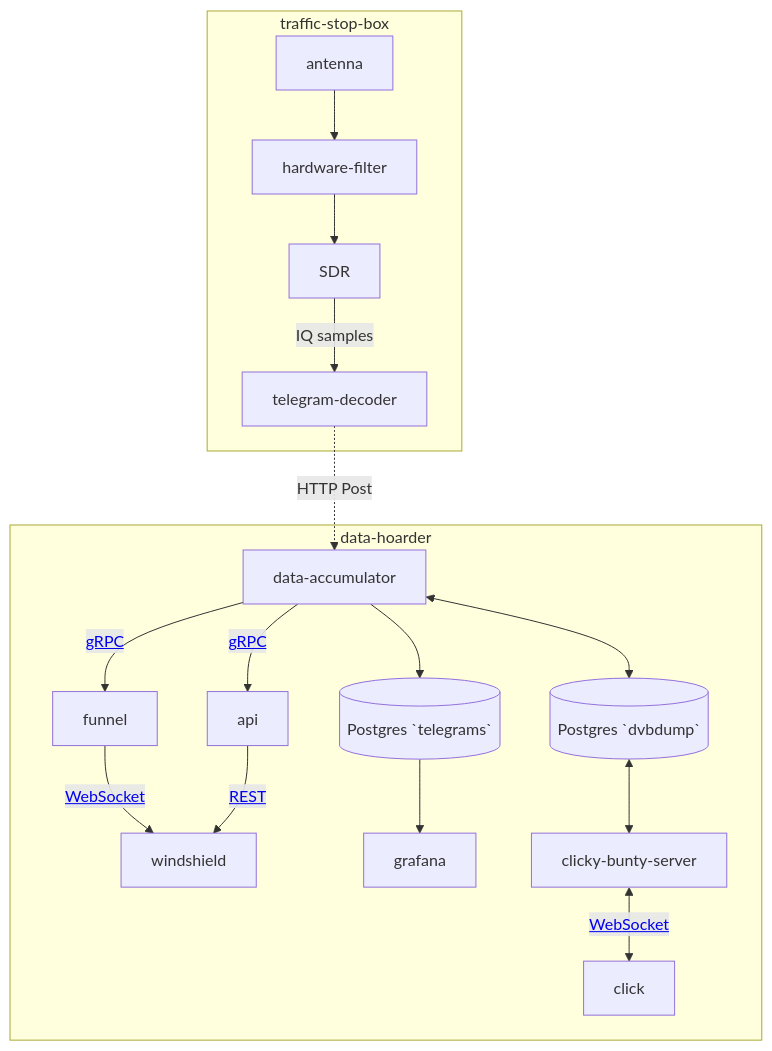
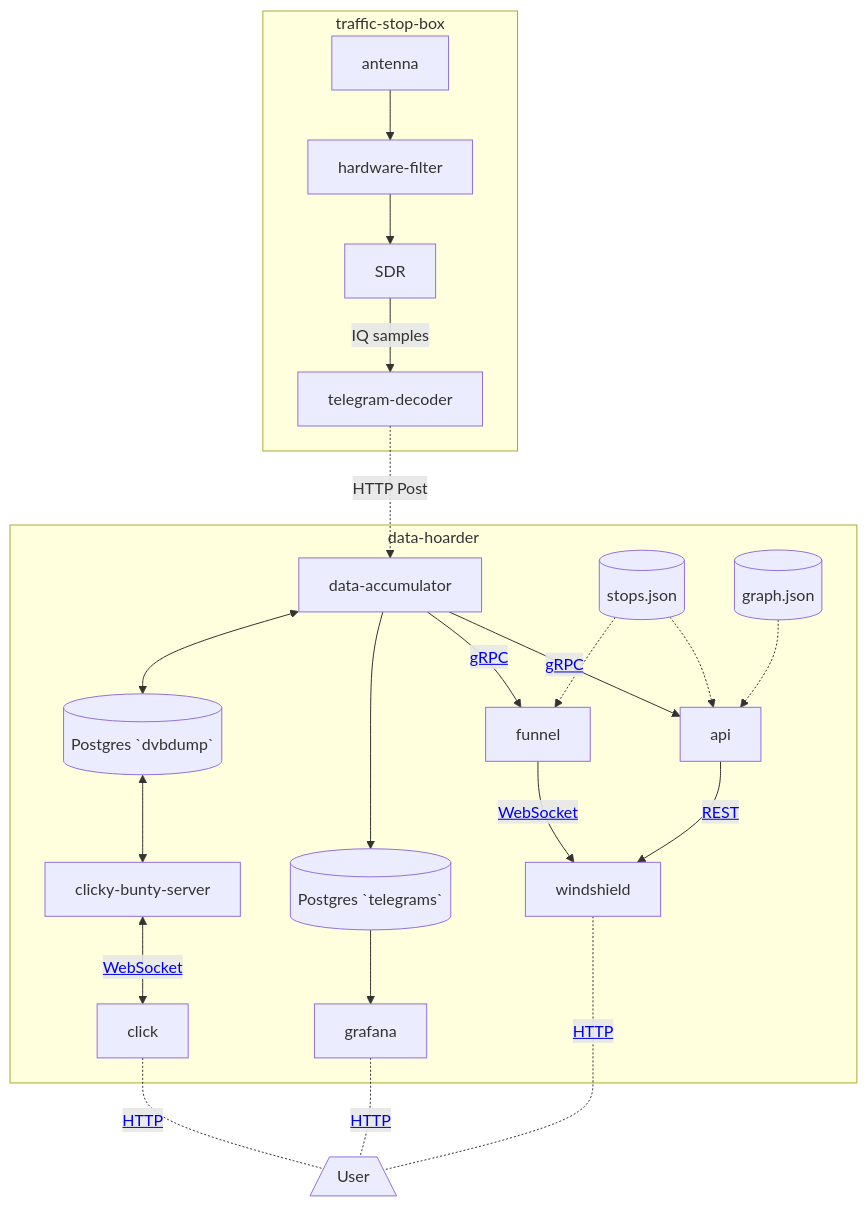
The diagram in src/chapter_2_services.md (tlm-solutions/documentation), drawn with Mermaid before and after one commit.

Commit message:
add stops.json and graph.json to documentation mermaid graph

````diff
--- a/src/chapter_2_services.md
+++ b/src/chapter_2_services.md
@@ -7,29 +7,43 @@
 ```mermaid
 flowchart TB
     subgraph traffic-stop-box
     antenna --> hardware-filter --> SDR --> |IQ samples| telegram-decoder
     end
 
     telegram-decoder -.->|HTTP Post| data-accumulator
 
     subgraph data-hoarder
-    data-accumulator --> |<a href='https://github.com/dump-dvb/telegrams/blob/master/proto/telegram.proto'>gRPC</a>| funnel --> |<a href='https://github.com/dump-dvb/telegrams/blob/master/src/models/r09.rs'>WebSocket</a>|windshield
-    data-accumulator --> |<a href='https://github.com/dump-dvb/telegrams/blob/master/proto/telegram.proto'>gRPC</a>| dvb-api --> |<a href='chapter_2_1_api.html'>REST</a>|windshield
+    data-accumulator --> |<a href='https://github.com/dump-dvb/telegrams/blob/master/proto/telegram.proto'>gRPC</a>| dvb-api
+		dvb-api --> |<a href='chapter_2_1_api.html'>REST</a>|windshield
+		funnel --> |<a href='https://github.com/dump-dvb/telegrams/blob/master/src/models/r09.rs'>WebSocket</a>|windshield
+    data-accumulator --> |<a href='https://github.com/dump-dvb/telegrams/blob/master/proto/telegram.proto'>gRPC</a>| funnel
     data-accumulator --> postgres-telegrams
     postgres-telegrams --> grafana
     data-accumulator <--> postgres-dvbdump <--> clicky-bunty-server <-->|<a href='chapter_2_2_user_api.html'>WebSocket</a>| click[click]
+
+		stopsjson -.-> dvb-api
+		stopsjson -.-> funnel
+		graphjson -.-> dvb-api
+
     postgres-telegrams[(Postgres `telegrams`)]
     postgres-dvbdump[(Postgres `dvbdump`)]
     dvb-api[api]
+		graphjson[(graph.json)]
+		stopsjson[(stops.json)]
     end
+
+		user[/User\]
+		grafana <-.- |<a href='https://monitoring.dvb.solutions'>HTTP</a>|user
+		windshield <-.- |<a href='https://map.dvb.solutions'>HTTP</a>|user
+		click[click] <-.- |<a href='https://click.dvb.solutions'>HTTP</a>|user
 
     click hardware-filter "https://github.com/dump-dvb/bandpass-filter" _blank
     click telegram-decoder "https://github.com/dump-dvb/decode-server" _blank
     click data-accumulator "https://github.com/dump-dvb/data-accumulator" _blank
     click click "https://github.com/dump-dvb/click" _blank
     click clicky-bunty-server "https://github.com/dump-dvb/clicky-bunty-server" _blank
     click funnel "https://github.com/dump-dvb/funnel" _blank
     click windshield "https://github.com/dump-dvb/windshield" _blank
     click dvb-api "https://github.com/dump-dvb/dvb-api" _blank
 
 ```
````
